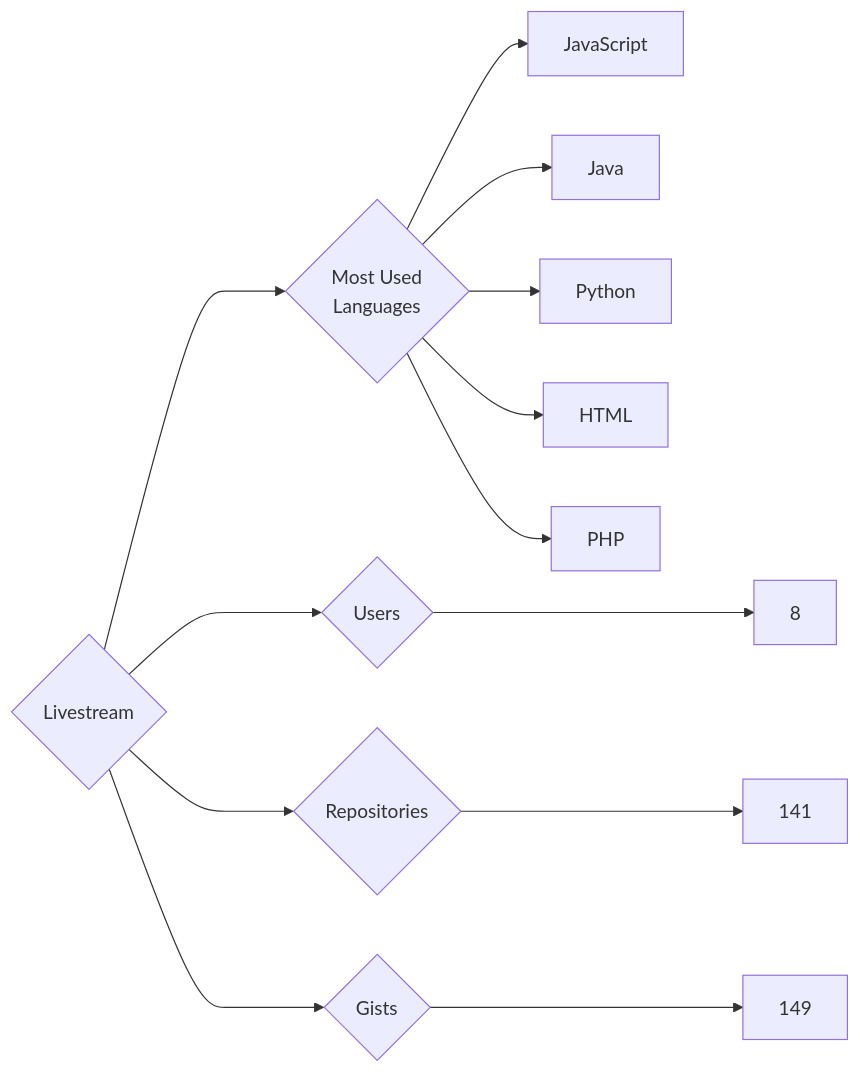
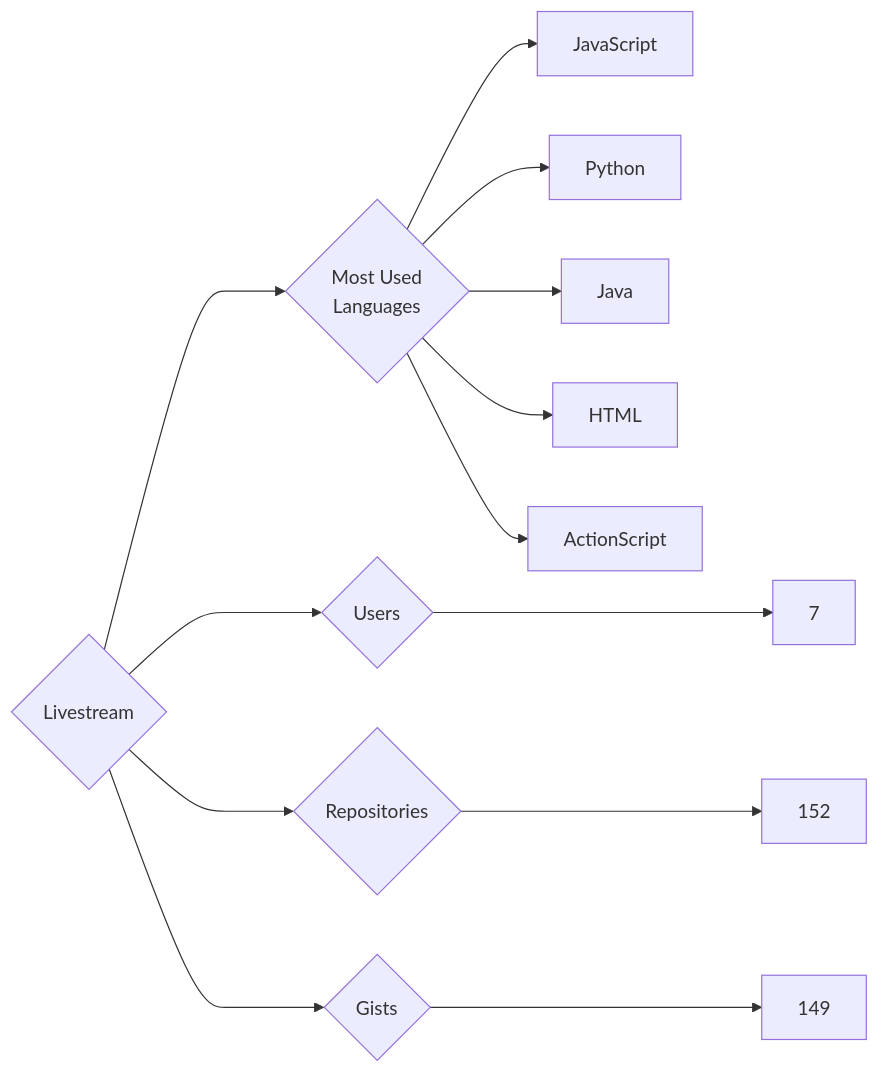
The diagram in targets/Livestream/README.md (trickest/insiders), drawn with Mermaid before and after one commit. The commit also changed 721 other files, not shown here.

````diff
--- a/targets/Livestream/README.md
+++ b/targets/Livestream/README.md
@@ -3,13 +3,13 @@
 ```mermaid
 graph LR
 COMPANY_NAME{Livestream}
-COMPANY_NAME ---> U{Users} ---> UN[8]
-COMPANY_NAME ---> R{Repositories} ---> RN[141]
+COMPANY_NAME ---> U{Users} ---> UN[7]
+COMPANY_NAME ---> R{Repositories} ---> RN[152]
 COMPANY_NAME ---> G{Gists} ---> GN[149]
 COMPANY_NAME ---> ML{Most Used<br>Languages}
 ML --> JavaScript[JavaScript]
+ML --> Python[Python]
 ML --> Java[Java]
-ML --> Python[Python]
 ML --> HTML[HTML]
-ML --> PHP[PHP]
+ML --> ActionScript[ActionScript]
 ```
````
